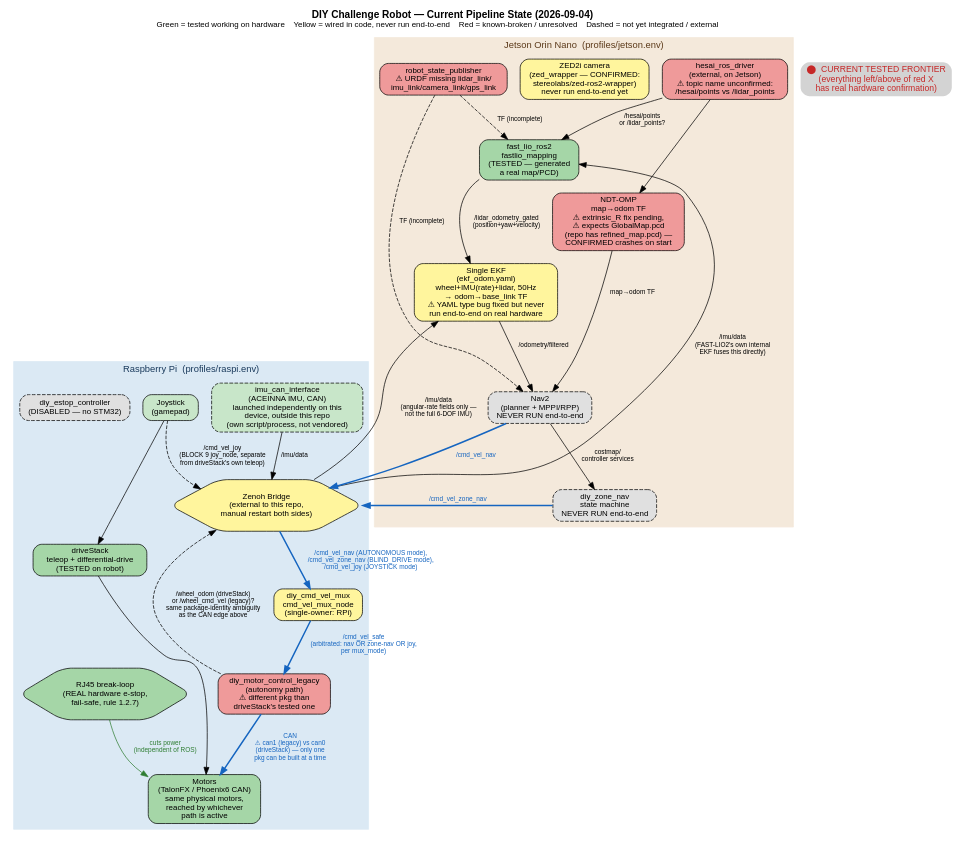
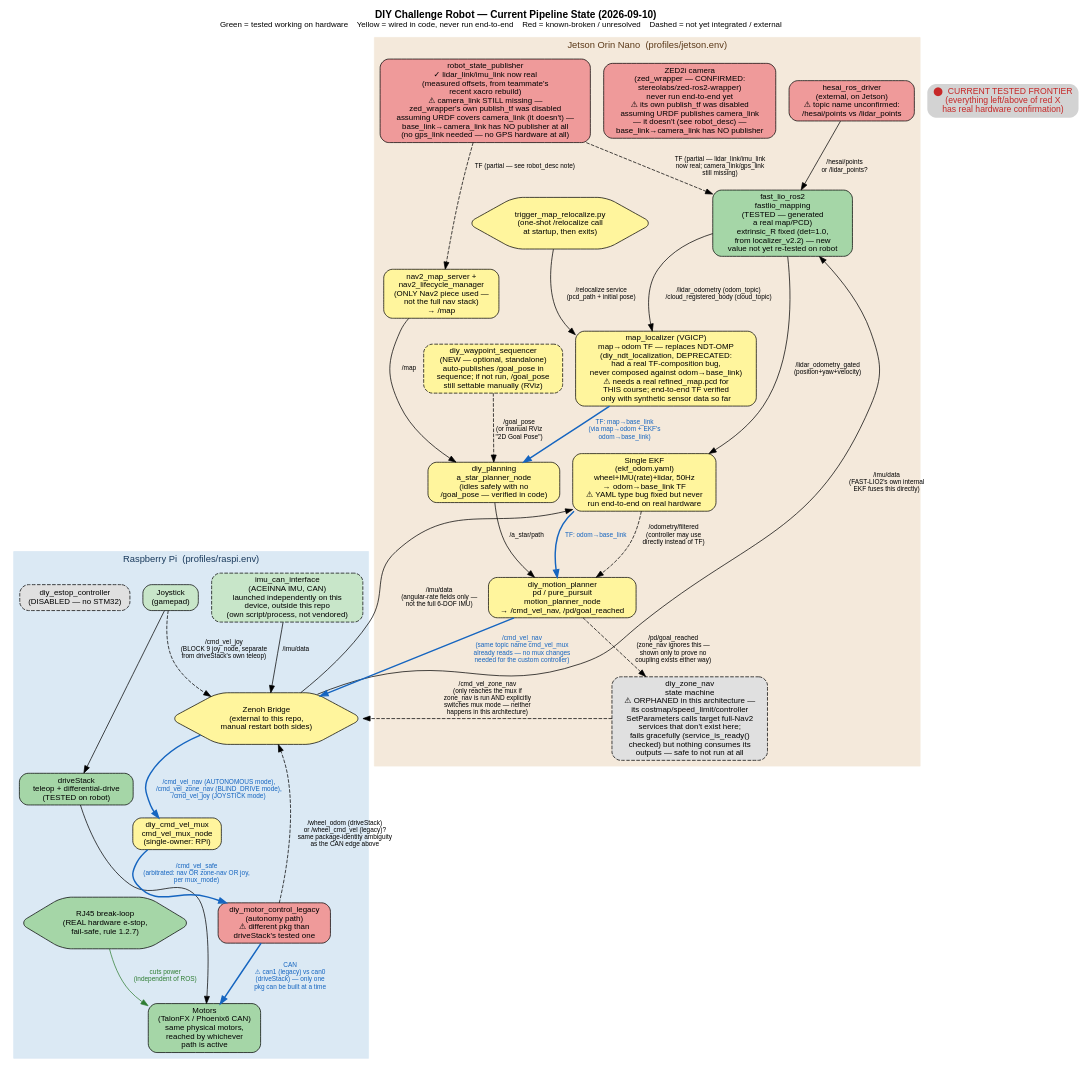
One commit to Betsybots/DIY-Challenge-Repo changed the diagram in docs/pipeline_diagram.dot. Above: the diagram before and after it, drawn with Graphviz. The commit also changed 8 other files, not shown here.

```diff
--- a/docs/pipeline_diagram.dot
+++ b/docs/pipeline_diagram.dot
@@ -1,74 +1,85 @@
 digraph DIY_Challenge_Pipeline {
   rankdir=TB;
   fontname="Helvetica";
   labelloc="t";
-  label=<<b>DIY Challenge Robot — Current Pipeline State (2026-09-04)</b><br/><font point-size="11">Green = tested working on hardware &#160;&#160; Yellow = wired in code, never run end-to-end &#160;&#160; Red = known-broken / unresolved &#160;&#160; Dashed = not yet integrated / external</font>>;
+  label=<<b>DIY Challenge Robot — Current Pipeline State (2026-09-10)</b><br/><font point-size="11">Green = tested working on hardware &#160;&#160; Yellow = wired in code, never run end-to-end &#160;&#160; Red = known-broken / unresolved &#160;&#160; Dashed = not yet integrated / external</font>>;
   node [fontname="Helvetica" fontsize=11 shape=box style="rounded,filled"];
   edge [fontname="Helvetica" fontsize=9];
 
   // ===================== RASPBERRY PI =====================
   subgraph cluster_raspi {
     label="Raspberry Pi  (profiles/raspi.env)";
     style=filled; color="#dbe9f4"; fontsize=13; fontcolor="#1a3a5c";
 
     joy       [label="Joystick\n(gamepad)"      fillcolor="#c8e6c9"];
     driveStackTeleop [label="driveStack\nteleop + differential-drive\n(TESTED on robot)" fillcolor="#a5d6a7"];
     motors_manual [label="Motors\n(TalonFX / Phoenix6 CAN)\nsame physical motors,\nreached by whichever\npath is active" fillcolor="#a5d6a7"];
 
     imu_can   [label="imu_can_interface\n(ACEINNA IMU, CAN)\nlaunched independently on this\ndevice, outside this repo\n(own script/process, not vendored)" fillcolor="#c8e6c9" style="rounded,filled,dashed"];
 
     cmd_vel_mux [label="diy_cmd_vel_mux\ncmd_vel_mux_node\n(single-owner: RPi)" fillcolor="#fff59d"];
     motor_auto  [label="diy_motor_control_legacy\n(autonomy path)\n⚠ different pkg than\ndriveStack's tested one" fillcolor="#ef9a9a"];
     estop_ctrl  [label="diy_estop_controller\n(DISABLED — no STM32)" fillcolor="#e0e0e0" style="rounded,filled,dashed"];
     rjbreak     [label="RJ45 break-loop\n(REAL hardware e-stop,\nfail-safe, rule 1.2.7)" shape=hexagon fillcolor="#a5d6a7"];
 
     joy -> driveStackTeleop -> motors_manual;
     rjbreak -> motors_manual [label="cuts power\n(independent of ROS)" color="#2e7d32" fontcolor="#2e7d32"];
 
     cmd_vel_mux -> motor_auto [label="/cmd_vel_safe\n(arbitrated: nav OR zone-nav OR joy,\nper mux_mode)" color="#1565c0" fontcolor="#1565c0" penwidth=2];
     motor_auto -> motors_manual [label="CAN\n⚠ can1 (legacy) vs can0\n(driveStack) — only one\npkg can be built at a time"
                                   color="#1565c0" fontcolor="#1565c0" penwidth=2];
     motor_auto -> zenoh [label="/wheel_odom (driveStack)\nor /wheel_cmd_vel (legacy)?\nsame package-identity ambiguity\nas the CAN edge above" style=dashed];
   }
 
   // ===================== JETSON =====================
   subgraph cluster_jetson {
     label="Jetson Orin Nano  (profiles/jetson.env)";
     style=filled; color="#f4e9db"; fontsize=13; fontcolor="#5c3a1a";
 
     hesai   [label="hesai_ros_driver\n(external, on Jetson)\n⚠ topic name unconfirmed:\n/hesai/points vs /lidar_points" fillcolor="#ef9a9a"];
-    zed     [label="ZED2i camera\n(zed_wrapper — CONFIRMED:\nstereolabs/zed-ros2-wrapper)\nnever run end-to-end yet" fillcolor="#fff59d" style="rounded,filled"];
+    zed     [label="ZED2i camera\n(zed_wrapper — CONFIRMED:\nstereolabs/zed-ros2-wrapper)\nnever run end-to-end yet\n⚠ its own publish_tf was disabled\nassuming URDF publishes camera_link\n— it doesn't (see robot_desc) —\nbase_link→camera_link has NO publisher" fillcolor="#ef9a9a"];
 
-    fastlio [label="fast_lio_ros2\nfastlio_mapping\n(TESTED — generated\na real map/PCD)" fillcolor="#a5d6a7"];
+    fastlio [label="fast_lio_ros2\nfastlio_mapping\n(TESTED — generated\na real map/PCD)\nextrinsic_R fixed (det=1.0,\nfrom localizer_v2.2) — new\nvalue not yet re-tested on robot" fillcolor="#a5d6a7"];
     ekf     [label="Single EKF\n(ekf_odom.yaml)\nwheel+IMU(rate)+lidar, 50Hz\n→ odom→base_link TF\n⚠ YAML type bug fixed but never\nrun end-to-end on real hardware" fillcolor="#fff59d"];
-    ndtomp  [label="NDT-OMP\nmap→odom TF\n⚠ extrinsic_R fix pending,\n⚠ expects GlobalMap.pcd\n(repo has refined_map.pcd) —\nCONFIRMED crashes on start" fillcolor="#ef9a9a"];
+    maplocalizer [label="map_localizer (VGICP)\nmap→odom TF — replaces NDT-OMP\n(diy_ndt_localization, DEPRECATED:\nhad a real TF-composition bug,\nnever composed against odom→base_link)\n⚠ needs a real refined_map.pcd for\nTHIS course; end-to-end TF verified\nonly with synthetic sensor data so far" fillcolor="#fff59d"];
+    reloc_trigger [label="trigger_map_relocalize.py\n(one-shot /relocalize call\nat startup, then exits)" shape=hexagon fillcolor="#fff59d"];
 
-    nav2    [label="Nav2\n(planner + MPPI/RPP)\nNEVER RUN end-to-end" fillcolor="#e0e0e0" style="rounded,filled,dashed"];
-    zonenav [label="diy_zone_nav\nstate machine\nNEVER RUN end-to-end" fillcolor="#e0e0e0" style="rounded,filled,dashed"];
+    map_server [label="nav2_map_server +\nnav2_lifecycle_manager\n(ONLY Nav2 piece used —\nnot the full nav stack)\n→ /map" fillcolor="#fff59d"];
+    a_star     [label="diy_planning\na_star_planner_node\n(idles safely with no\n/goal_pose — verified in code)" fillcolor="#fff59d"];
+    pd_ctrl    [label="diy_motion_planner\npd / pure_pursuit\nmotion_planner_node\n→ /cmd_vel_nav, /pd/goal_reached" fillcolor="#fff59d"];
+    wp_seq     [label="diy_waypoint_sequencer\n(NEW — optional, standalone)\nauto-publishes /goal_pose in\nsequence; if not run, /goal_pose\nstill settable manually (RViz)" fillcolor="#fff59d" style="rounded,filled,dashed"];
 
-    robot_desc [label="robot_state_publisher\n⚠ URDF missing lidar_link/\nimu_link/camera_link/gps_link" fillcolor="#ef9a9a"];
+    zonenav [label="diy_zone_nav\nstate machine\n⚠ ORPHANED in this architecture —\nits costmap/speed_limit/controller\nSetParameters calls target full-Nav2\nservices that don't exist here;\nfails gracefully (service_is_ready()\nchecked) but nothing consumes its\noutputs — safe to not run at all" fillcolor="#e0e0e0" style="rounded,filled,dashed"];
+
+    robot_desc [label="robot_state_publisher\n✓ lidar_link/imu_link now real\n(measured offsets, from teammate's\nrecent xacro rebuild)\n⚠ camera_link STILL missing —\nzed_wrapper's own publish_tf was disabled\nassuming URDF covers camera_link (it doesn't) —\nbase_link→camera_link has NO publisher at all\n(no gps_link needed — no GPS hardware at all)" fillcolor="#ef9a9a"];
 
     hesai -> fastlio [label="/hesai/points\nor /lidar_points?"];
-    hesai -> ndtomp;
     fastlio -> ekf [label="/lidar_odometry_gated\n(position+yaw+velocity)"];
-    ekf -> nav2 [label="/odometry/filtered"];
-    ndtomp -> nav2 [label="map→odom TF"];
-    nav2 -> zonenav [label="costmap/\ncontroller services"];
-    robot_desc -> fastlio [style=dashed label="TF (incomplete)"];
-    robot_desc -> nav2 [style=dashed label="TF (incomplete)"];
+    fastlio -> maplocalizer [label="/lidar_odometry (odom_topic)\n/cloud_registered_body (cloud_topic)"];
+    reloc_trigger -> maplocalizer [label="/relocalize service\n(pcd_path + initial pose)"];
+
+    map_server -> a_star [label="/map"];
+    maplocalizer -> a_star [label="TF: map→base_link\n(via map→odom + EKF's\nodom→base_link)" color="#1565c0" fontcolor="#1565c0" penwidth=2];
+    wp_seq -> a_star [label="/goal_pose\n(or manual RViz\n\"2D Goal Pose\")" style=dashed];
+    a_star -> pd_ctrl [label="/a_star/path"];
+    ekf -> pd_ctrl [label="TF: odom→base_link" color="#1565c0" fontcolor="#1565c0" penwidth=2];
+    ekf -> pd_ctrl [label="/odometry/filtered\n(controller may use\ndirectly instead of TF)" style=dashed];
+    pd_ctrl -> zonenav [style=dashed label="/pd/goal_reached\n(zone_nav ignores this —\nshown only to prove no\ncoupling exists either way)"];
+    robot_desc -> fastlio [style=dashed label="TF (partial — lidar_link/imu_link\nnow real; camera_link/gps_link\nstill missing)"];
+    robot_desc -> map_server [style=dashed label="TF (partial — see robot_desc note)"];
   }
 
   // ===================== CROSS-MACHINE =====================
   zenoh [label="Zenoh Bridge\n(external to this repo,\nmanual restart both sides)" shape=hexagon fillcolor="#fff59d"];
 
   imu_can -> zenoh [label="/imu/data"];
   zenoh -> fastlio [label="/imu/data\n(FAST-LIO2's own internal\nEKF fuses this directly)"];
   zenoh -> ekf [label="/imu/data\n(angular-rate fields only —\nnot the full 6-DOF IMU)"];
-  nav2 -> zenoh [label="/cmd_vel_nav" color="#1565c0" fontcolor="#1565c0" penwidth=2];
-  zonenav -> zenoh [label="/cmd_vel_zone_nav" color="#1565c0" fontcolor="#1565c0" penwidth=2];
+  pd_ctrl -> zenoh [label="/cmd_vel_nav\n(same topic name cmd_vel_mux\nalready reads — no mux changes\nneeded for the custom controller)" color="#1565c0" fontcolor="#1565c0" penwidth=2];
+  zonenav -> zenoh [style=dashed label="/cmd_vel_zone_nav\n(only reaches the mux if\nzone_nav is run AND explicitly\nswitches mux mode — neither\nhappens in this architecture)"];
   joy -> zenoh [style=dashed label="/cmd_vel_joy\n(BLOCK 9 joy_node, separate\nfrom driveStack's own teleop)"];
   zenoh -> cmd_vel_mux [label="/cmd_vel_nav (AUTONOMOUS mode),\n/cmd_vel_zone_nav (BLIND_DRIVE mode),\n/cmd_vel_joy (JOYSTICK mode)" color="#1565c0" fontcolor="#1565c0" penwidth=2];
 
   // ===================== FRONTIER MARKER =====================
   frontier [label="⬤  CURRENT TESTED FRONTIER\n(everything left/above of red X\nhas real hardware confirmation)" shape=plaintext fontcolor="#c62828" fontsize=12];
 }
```
